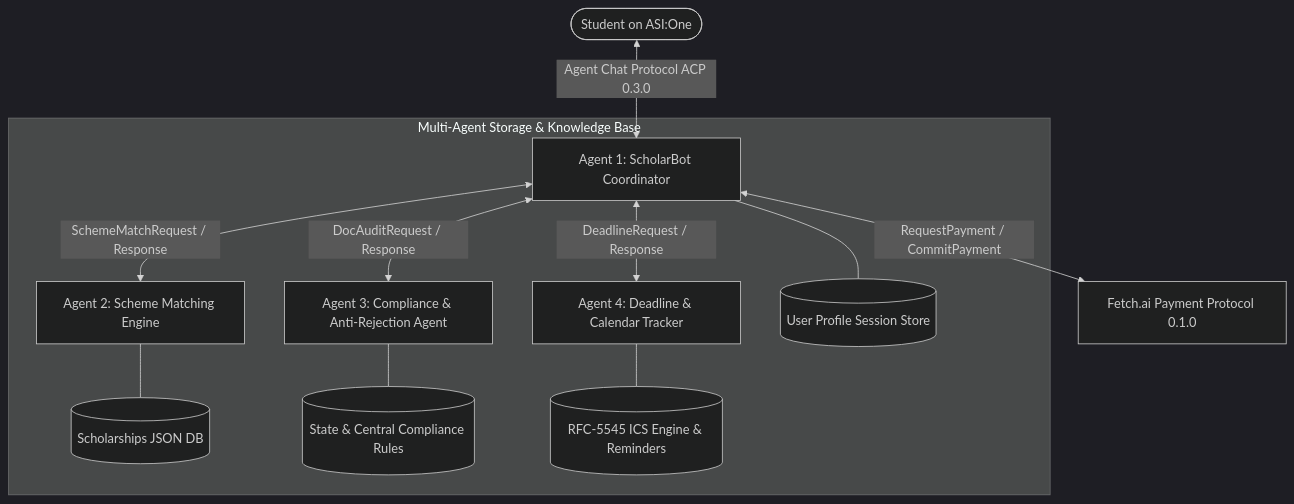
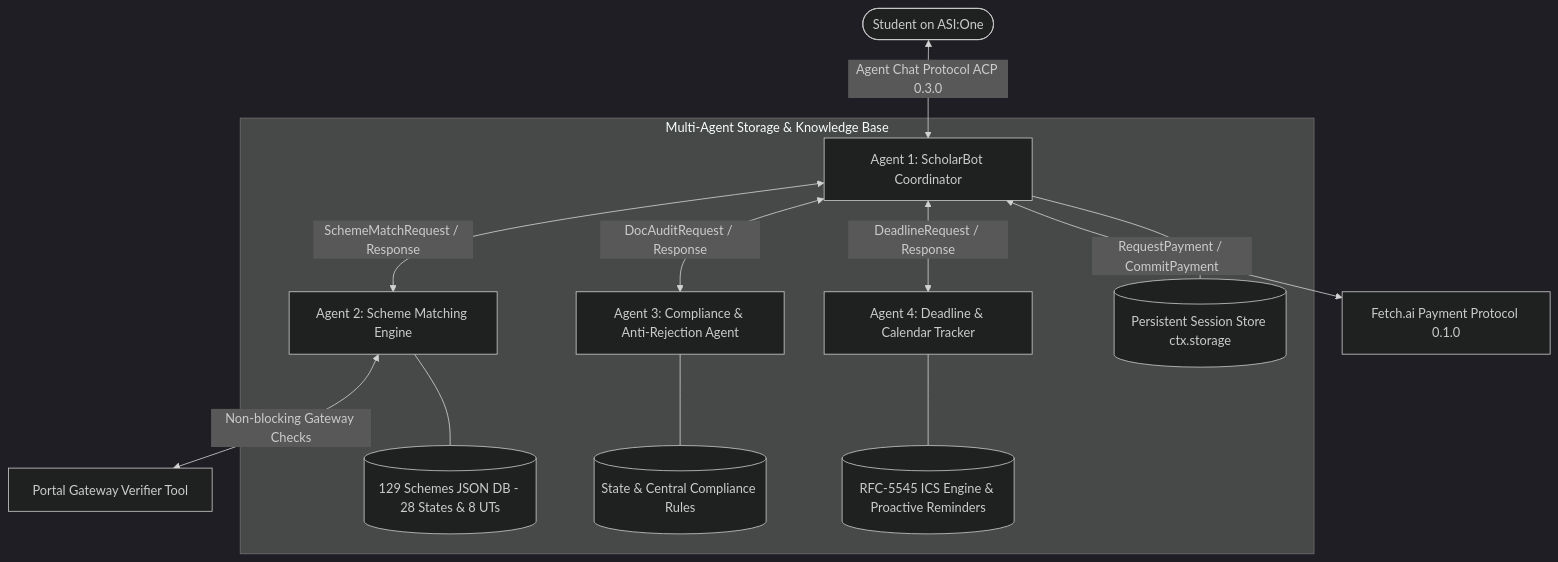
The diagram in README.md (navontop/ScholarBot), drawn with Mermaid (dark theme) before and after one commit. The commit also changed other lines of this file and 6 other files, not shown here.

````diff
--- a/README.md
+++ b/README.md
@@ -29,15 +30,16 @@
 ```mermaid
 graph TD
     User([Student on ASI:One]) <-->|Agent Chat Protocol ACP 0.3.0| Coordinator[Agent 1: ScholarBot Coordinator]
     Coordinator <-->|SchemeMatchRequest / Response| Matcher[Agent 2: Scheme Matching Engine]
     Coordinator <-->|DocAuditRequest / Response| Auditor[Agent 3: Compliance & Anti-Rejection Agent]
     Coordinator <-->|DeadlineRequest / Response| Tracker[Agent 4: Deadline & Calendar Tracker]
     Coordinator <-->|RequestPayment / CommitPayment| Payment[Fetch.ai Payment Protocol 0.1.0]
+    Matcher <-->|Non-blocking Gateway Checks| Verifier[Portal Gateway Verifier Tool]
     
     subgraph Multi-Agent Storage & Knowledge Base
-        Matcher --- DB[(Scholarships JSON DB)]
+        Matcher --- DB[(129 Schemes JSON DB - 28 States & 8 UTs)]
         Auditor --- Rules[(State & Central Compliance Rules)]
-        Tracker --- Calendar[(RFC-5545 ICS Engine & Reminders)]
-        Coordinator --- Memory[(User Profile Session Store)]
+        Tracker --- Calendar[(RFC-5545 ICS Engine & Proactive Reminders)]
+        Coordinator --- Memory[(Persistent Session Store ctx.storage)]
     end
 ```
````
